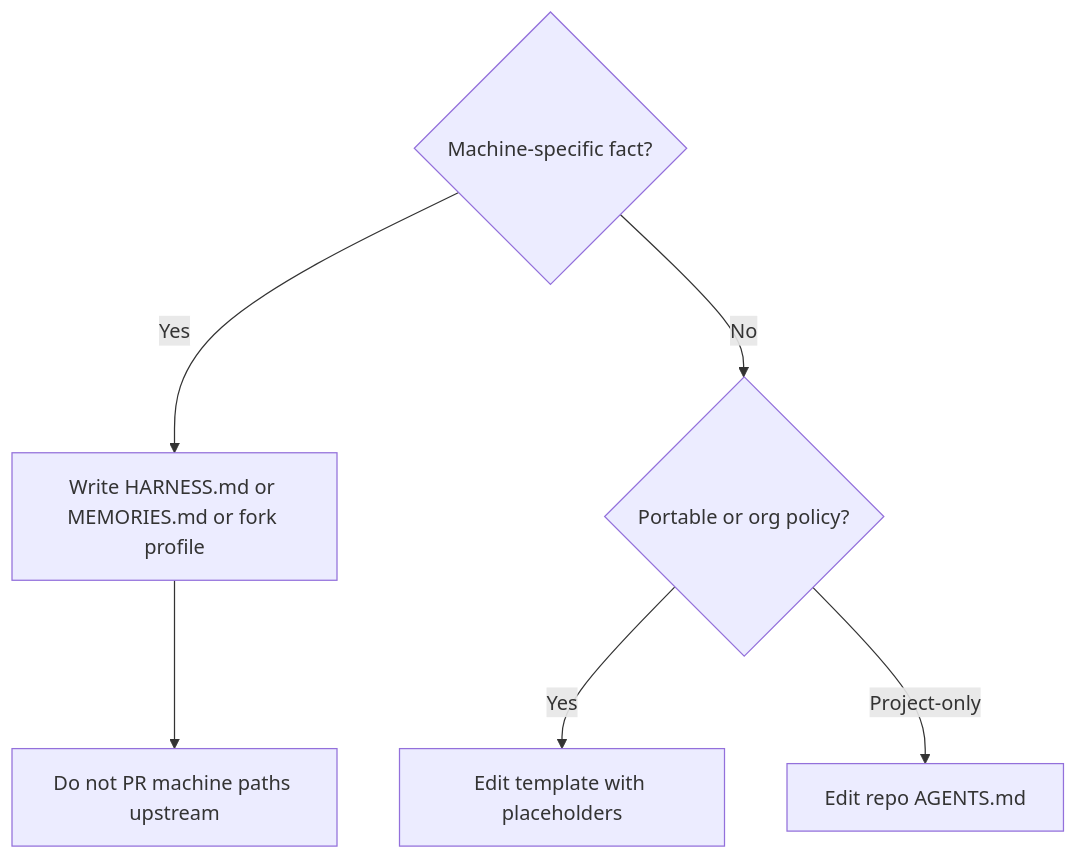
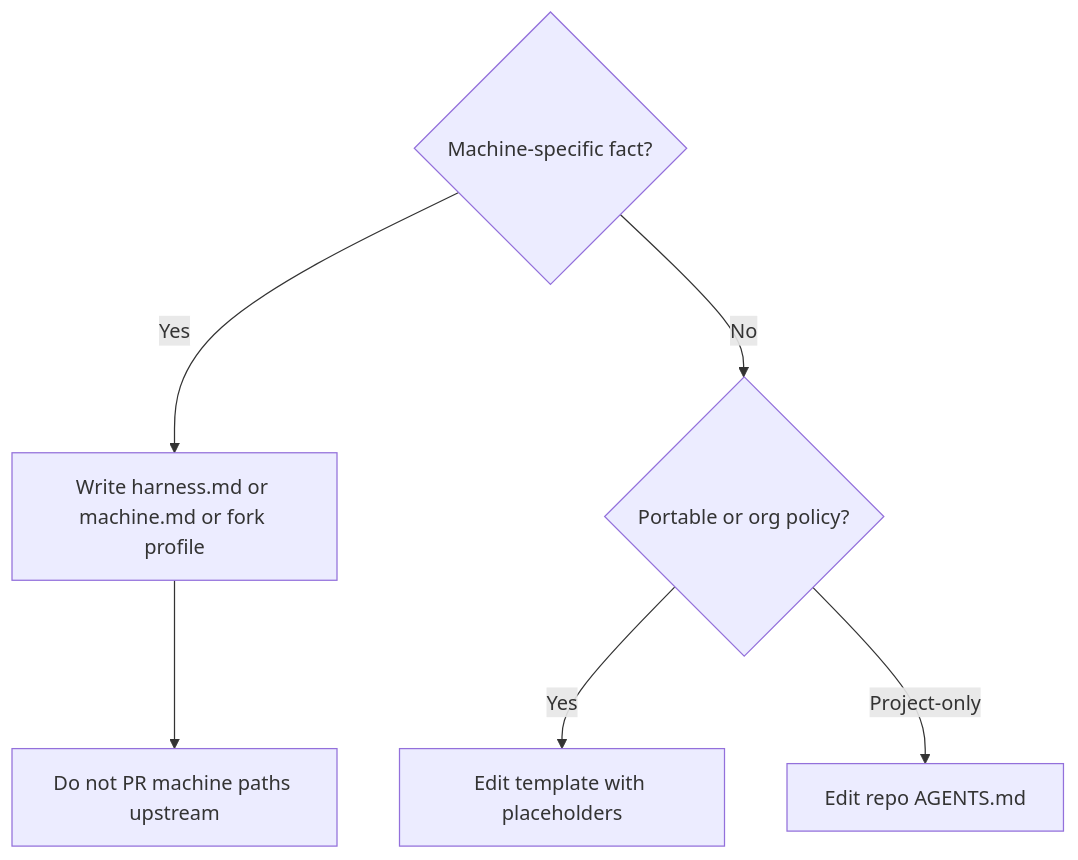
The fourth of 4 diagrams in docs/modules/ROOT/pages/harness-neutral.adoc (dev-centr/agent-rules), drawn with Mermaid before and after one commit. The commit also changed other lines of this file and 36 other files, not shown here.

First line of the commit message:
Rename layers to user.md, harness.md, machine.md.

```diff
--- a/docs/modules/ROOT/pages/harness-neutral.adoc
+++ b/docs/modules/ROOT/pages/harness-neutral.adoc
@@ -161,10 +161,10 @@
 [mermaid]
 ....
 flowchart TD
   Q{Machine-specific fact?}
-  Q -->|Yes| W[Write HARNESS.md or MEMORIES.md or fork profile]
+  Q -->|Yes| W[Write harness.md or machine.md or fork profile]
   Q -->|No| P{Portable or org policy?}
   P -->|Yes| T[Edit template with placeholders]
   P -->|Project-only| R[Edit repo AGENTS.md]
   W --> X[Do not PR machine paths upstream]
 ....
```
